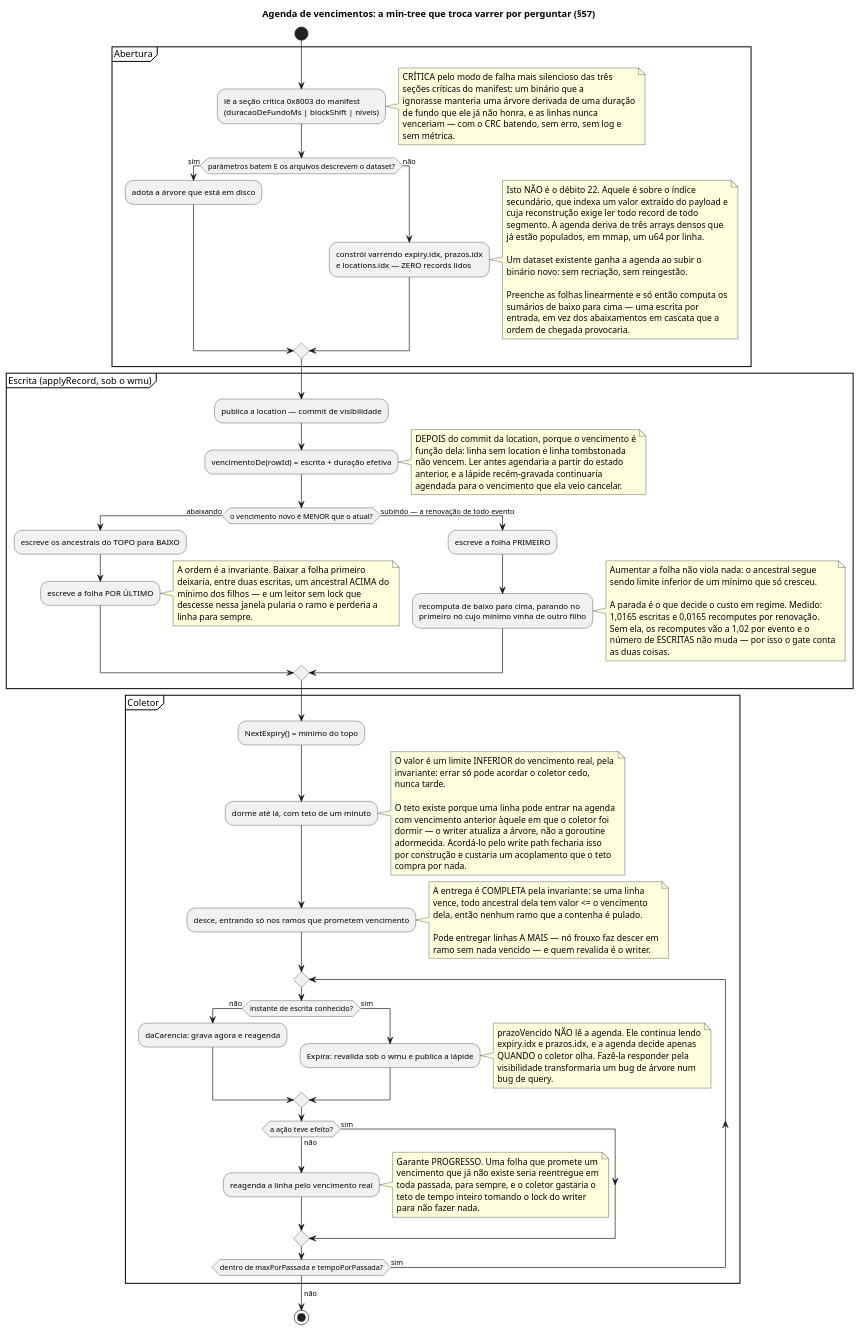
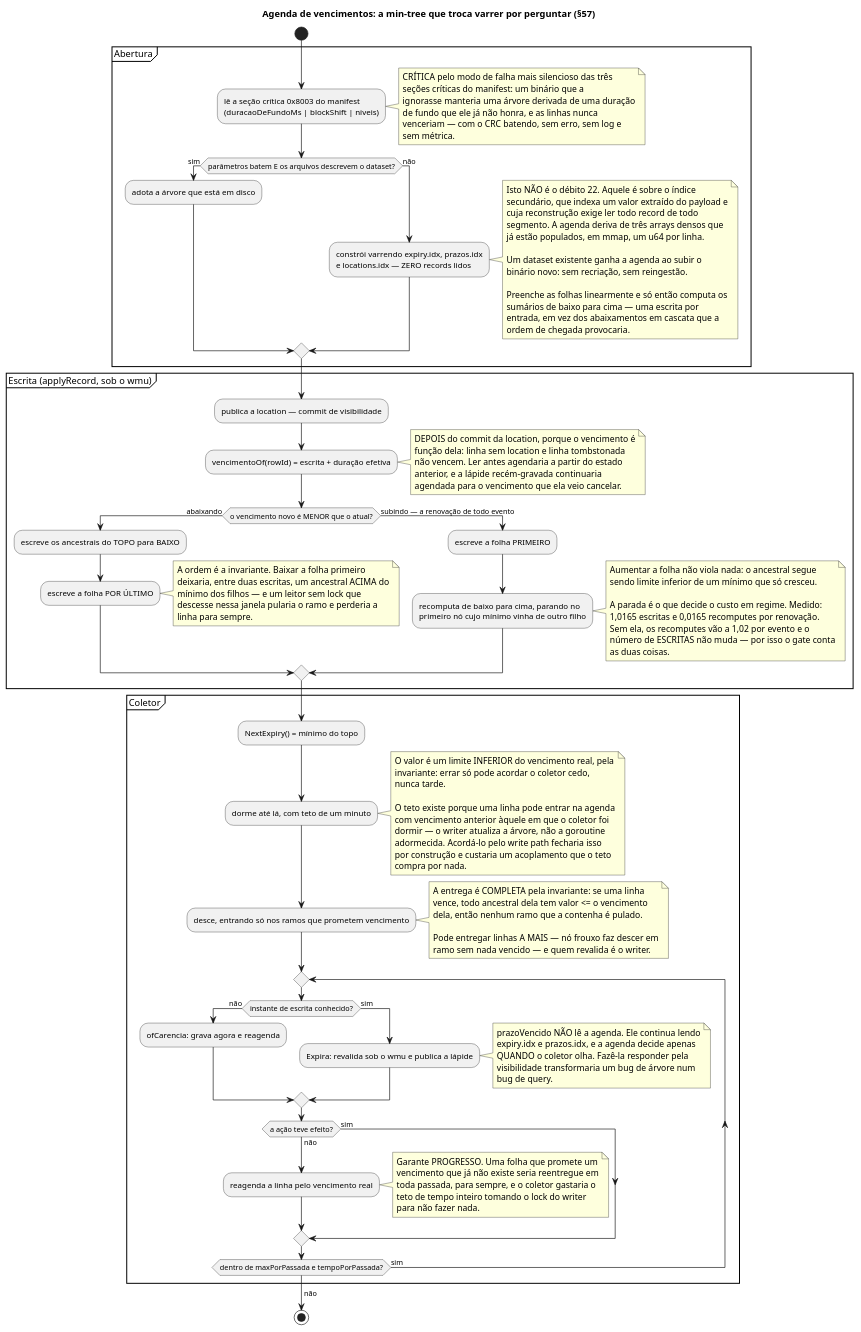
The diagram in docs/diagrams/expiracao_agenda.puml (nishisan-dev/nishidb), drawn with PlantUML before and after one commit. The commit also changed 360 other files, not shown here.

```diff
--- a/docs/diagrams/expiracao_agenda.puml
+++ b/docs/diagrams/expiracao_agenda.puml
@@ -1,135 +1,135 @@
 @startuml expiracao_agenda
 title Agenda de vencimentos: a min-tree que troca varrer por perguntar (§57)
 
 start
 
 partition "Abertura" {
   :lê a seção crítica 0x8003 do manifest
   (duracaoDeFundoMs | blockShift | niveis);
   note right
     CRÍTICA pelo modo de falha mais silencioso das três
     seções críticas do manifest: um binário que a
     ignorasse manteria uma árvore derivada de uma duração
     de fundo que ele já não honra, e as linhas nunca
     venceriam — com o CRC batendo, sem erro, sem log e
     sem métrica.
   end note
 
   if (parâmetros batem E os arquivos descrevem o dataset?) then (sim)
     :adota a árvore que está em disco;
   else (não)
     :constrói varrendo expiry.idx, prazos.idx
     e locations.idx — ZERO records lidos;
     note right
       Isto NÃO é o débito 22. Aquele é sobre o índice
       secundário, que indexa um valor extraído do payload e
       cuja reconstrução exige ler todo record de todo
       segmento. A agenda deriva de três arrays densos que
       já estão populados, em mmap, um u64 por linha.
 
       Um dataset existente ganha a agenda ao subir o
       binário novo: sem recriação, sem reingestão.
 
       Preenche as folhas linearmente e só então computa os
       sumários de baixo para cima — uma escrita por
       entrada, em vez dos abaixamentos em cascata que a
       ordem de chegada provocaria.
     end note
   endif
 }
 
 partition "Escrita (applyRecord, sob o wmu)" {
   :publica a location — commit de visibilidade;
-  :vencimentoDe(rowId) = escrita + duração efetiva;
+  :vencimentoOf(rowId) = escrita + duração efetiva;
   note right
     DEPOIS do commit da location, porque o vencimento é
     função dela: linha sem location e linha tombstonada
     não vencem. Ler antes agendaria a partir do estado
     anterior, e a lápide recém-gravada continuaria
     agendada para o vencimento que ela veio cancelar.
   end note
 
   if (o vencimento novo é MENOR que o atual?) then (abaixando)
     :escreve os ancestrais do TOPO para BAIXO;
     :escreve a folha POR ÚLTIMO;
     note right
       A ordem é a invariante. Baixar a folha primeiro
       deixaria, entre duas escritas, um ancestral ACIMA do
       mínimo dos filhos — e um leitor sem lock que
       descesse nessa janela pularia o ramo e perderia a
       linha para sempre.
     end note
   else (subindo — a renovação de todo evento)
     :escreve a folha PRIMEIRO;
     :recomputa de baixo para cima, parando no
     primeiro nó cujo mínimo vinha de outro filho;
     note right
       Aumentar a folha não viola nada: o ancestral segue
       sendo limite inferior de um mínimo que só cresceu.
 
       A parada é o que decide o custo em regime. Medido:
       1,0165 escritas e 0,0165 recomputes por renovação.
       Sem ela, os recomputes vão a 1,02 por evento e o
       número de ESCRITAS não muda — por isso o gate conta
       as duas coisas.
     end note
   endif
 }
 
 partition "Coletor" {
   :NextExpiry() = mínimo do topo;
   :dorme até lá, com teto de um minuto;
   note right
     O valor é um limite INFERIOR do vencimento real, pela
     invariante: errar só pode acordar o coletor cedo,
     nunca tarde.
 
     O teto existe porque uma linha pode entrar na agenda
     com vencimento anterior àquele em que o coletor foi
     dormir — o writer atualiza a árvore, não a goroutine
     adormecida. Acordá-lo pelo write path fecharia isso
     por construção e custaria um acoplamento que o teto
     compra por nada.
   end note
 
   :desce, entrando só nos ramos que prometem vencimento;
   note right
     A entrega é COMPLETA pela invariante: se uma linha
     vence, todo ancestral dela tem valor <= o vencimento
     dela, então nenhum ramo que a contenha é pulado.
 
     Pode entregar linhas A MAIS — nó frouxo faz descer em
     ramo sem nada vencido — e quem revalida é o writer.
   end note
 
   repeat
     if (instante de escrita conhecido?) then (não)
-      :daCarencia: grava agora e reagenda;
+      :ofCarencia: grava agora e reagenda;
     else (sim)
       :Expira: revalida sob o wmu e publica a lápide;
       note right
         prazoVencido NÃO lê a agenda. Ele continua lendo
         expiry.idx e prazos.idx, e a agenda decide apenas
         QUANDO o coletor olha. Fazê-la responder pela
         visibilidade transformaria um bug de árvore num
         bug de query.
       end note
     endif
     if (a ação teve efeito?) then (não)
       :reagenda a linha pelo vencimento real;
       note right
         Garante PROGRESSO. Uma folha que promete um
         vencimento que já não existe seria reentregue em
         toda passada, para sempre, e o coletor gastaria o
         teto de tempo inteiro tomando o lock do writer
         para não fazer nada.
       end note
     else (sim)
     endif
   repeat while (dentro de maxPorPassada e tempoPorPassada?) is (sim)
   -> não;
 }
 
 stop
 
 @enduml
```
